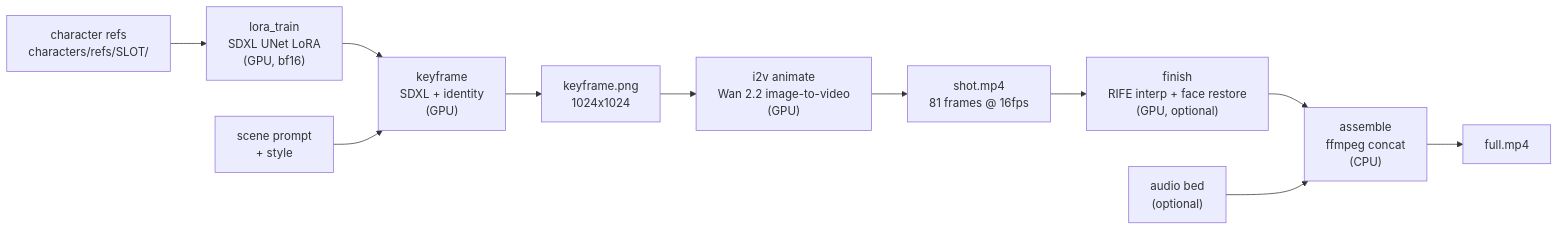
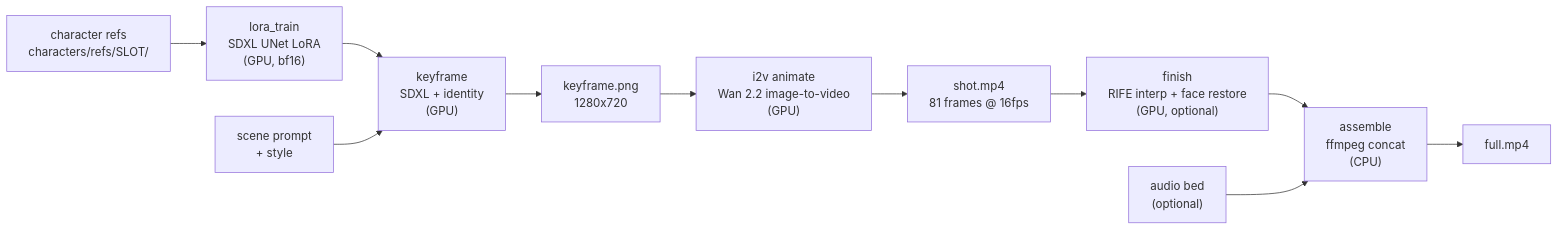
One commit to skyphusion-labs/vivijure-backend changed the third of 5 diagrams in docs/architecture.md. Above: the diagram before and after it, drawn with Mermaid. The commit also changed 14 other files, not shown here.

````diff
--- a/docs/architecture.md
+++ b/docs/architecture.md
@@ -136,13 +136,13 @@
 ```mermaid
 flowchart LR
     REFS["character refs<br/>characters/refs/SLOT/"] --> LORA["lora_train<br/>SDXL UNet LoRA<br/>(GPU, bf16)"]
     LORA --> KF["keyframe<br/>SDXL + identity<br/>(GPU)"]
     SB["scene prompt<br/>+ style"] --> KF
-    KF --> PNG["keyframe.png<br/>1024x1024"]
+    KF --> PNG["keyframe.png<br/>1280x720"]
     PNG --> I2V["i2v animate<br/>Wan 2.2 image-to-video<br/>(GPU)"]
     I2V --> CLIP["shot.mp4<br/>81 frames @ 16fps"]
     CLIP --> FIN["finish<br/>RIFE interp + face restore<br/>(GPU, optional)"]
     FIN --> ASM["assemble<br/>ffmpeg concat<br/>(CPU)"]
     AUD["audio bed<br/>(optional)"] --> ASM
     ASM --> OUT["full.mp4"]
 ```
````
